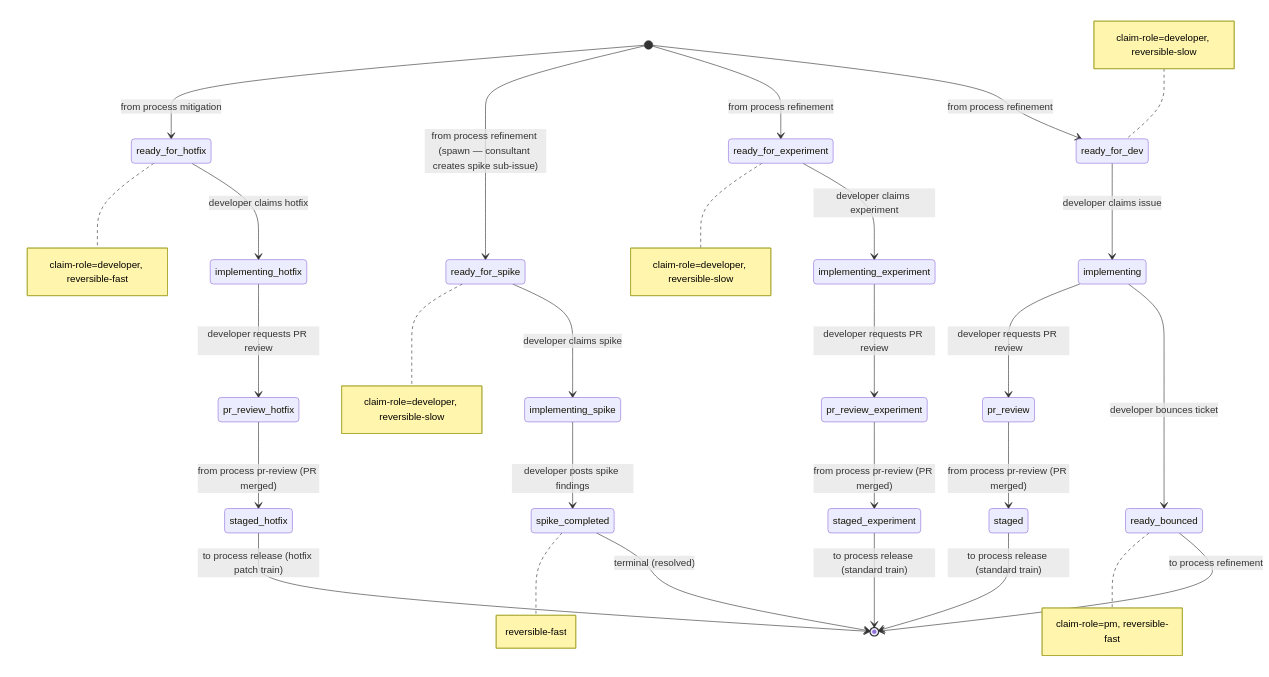
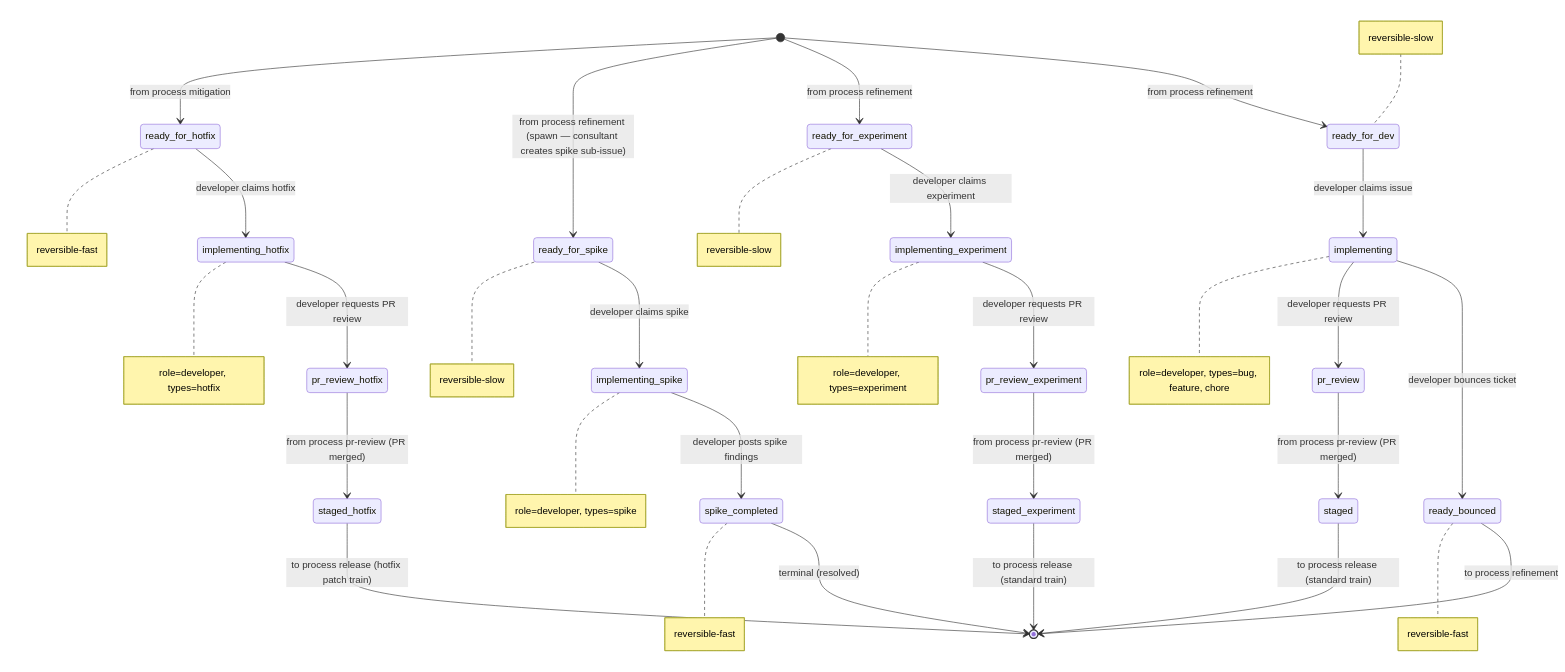
One commit to blemees/blemees-workflow changed the diagram in examples/workflows/inner-loop.md. Above: the diagram before and after it, drawn with Mermaid. The commit also changed other lines of this file and 65 other files, not shown here.

````diff
--- a/examples/workflows/inner-loop.md
+++ b/examples/workflows/inner-loop.md
@@ -16,42 +16,46 @@
 ```mermaid
 stateDiagram-v2
     %% Cross-process interfaces:
     %%   Entry (shared): ready_for_dev from process refinement
     %%   Entry (shared): ready_for_experiment from process refinement
     %%   Entry (spawn ): ready_for_spike from process refinement
     %%   Entry (shared): ready_for_hotfix from process mitigation
     %%   Exit  (shared): ready_bounced to process refinement
     %%   Exit  (spawn ): staged to process release
     %%   Exit  (spawn ): staged_experiment to process release
     %%   Exit  (spawn ): staged_hotfix to process release
     %%
 
     [*] --> ready_for_dev: from process refinement
     [*] --> ready_for_experiment: from process refinement
     [*] --> ready_for_spike: from process refinement (spawn — consultant creates spike sub-issue)
     [*] --> ready_for_hotfix: from process mitigation
     ready_for_dev --> implementing: developer claims issue
     ready_for_experiment --> implementing_experiment: developer claims experiment
     ready_for_spike --> implementing_spike: developer claims spike
     ready_for_hotfix --> implementing_hotfix: developer claims hotfix
     implementing --> ready_bounced: developer bounces ticket
     implementing --> pr_review: developer requests PR review
     implementing_experiment --> pr_review_experiment: developer requests PR review
     implementing_hotfix --> pr_review_hotfix: developer requests PR review
     implementing_spike --> spike_completed: developer posts spike findings
     pr_review --> staged: from process pr-review (PR merged)
     pr_review_experiment --> staged_experiment: from process pr-review (PR merged)
     pr_review_hotfix --> staged_hotfix: from process pr-review (PR merged)
     ready_bounced --> [*]: to process refinement
     staged --> [*]: to process release (standard train)
     staged_experiment --> [*]: to process release (standard train)
     staged_hotfix --> [*]: to process release (hotfix patch train)
     spike_completed --> [*]: terminal (resolved)
 
-    note left of ready_for_dev: claim-role=developer, reversible-slow
-    note right of ready_for_experiment: claim-role=developer, reversible-slow
-    note right of ready_for_spike: claim-role=developer, reversible-slow
-    note right of ready_for_hotfix: claim-role=developer, reversible-fast
+    note left of ready_for_dev: reversible-slow
+    note right of ready_for_experiment: reversible-slow
+    note right of ready_for_spike: reversible-slow
+    note right of ready_for_hotfix: reversible-fast
+    note right of implementing: role=developer, types=bug, feature, chore
+    note right of implementing_experiment: role=developer, types=experiment
+    note right of implementing_spike: role=developer, types=spike
+    note right of implementing_hotfix: role=developer, types=hotfix
     note right of spike_completed: reversible-fast
-    note right of ready_bounced: claim-role=pm, reversible-fast
+    note right of ready_bounced: reversible-fast
 ```
````
